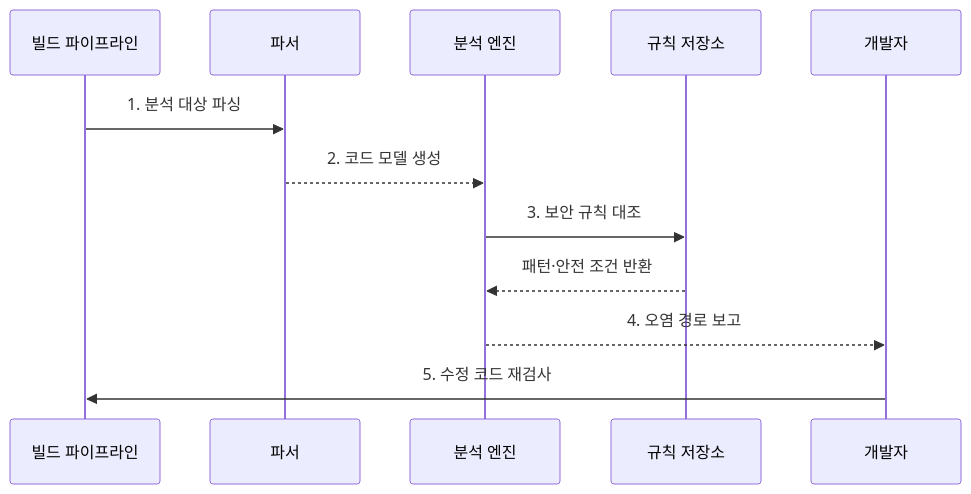
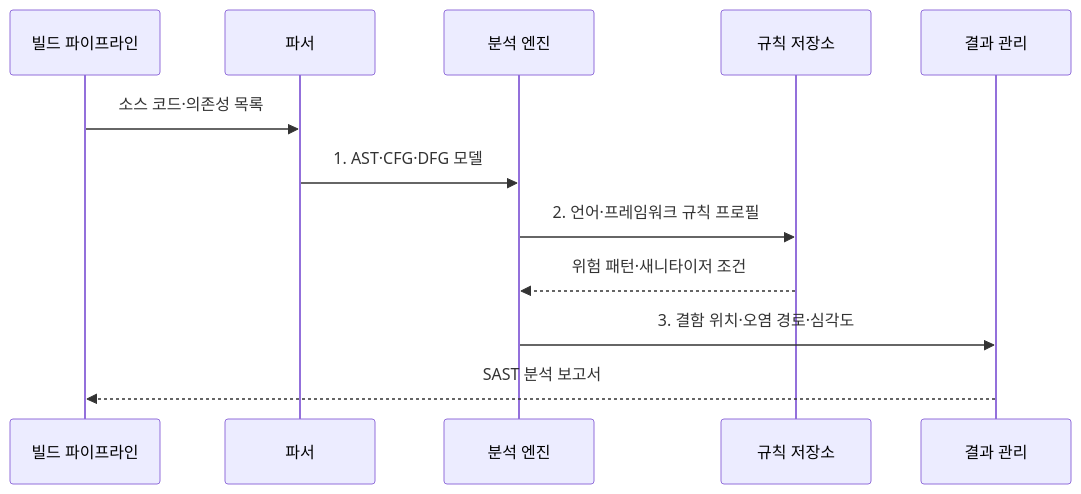
One commit to agnusdei1207/knowledge-base changed the second of 2 diagrams in src/content/docs/notes/03-software/067_static_application_security_testing.md. Above: the diagram before and after it, drawn with Mermaid. The commit also changed other lines of this file and 20 other files, not shown here.

````diff
--- a/src/content/docs/notes/03-software/067_static_application_security_testing.md
+++ b/src/content/docs/notes/03-software/067_static_application_security_testing.md
@@ -78,14 +88,14 @@
 ```mermaid
 sequenceDiagram
     participant B as 빌드 파이프라인
     participant P as 파서
     participant A as 분석 엔진
     participant R as 규칙 저장소
-    participant D as 개발자
-    B->>P: 1. 분석 대상 파싱
-    P-->>A: 2. 코드 모델 생성
-    A->>R: 3. 보안 규칙 대조
-    R-->>A: 패턴·안전 조건 반환
-    A-->>D: 4. 오염 경로 보고
-    D->>B: 5. 수정 코드 재검사
+    participant G as 결과 관리
+    B->>P: 소스 코드·의존성 목록
+    P->>A: 1. AST·CFG·DFG 모델
+    A->>R: 2. 언어·프레임워크 규칙 프로필
+    R-->>A: 위험 패턴·새니타이저 조건
+    A->>G: 3. 결함 위치·오염 경로·심각도
+    G-->>B: SAST 분석 보고서
 ```
````
